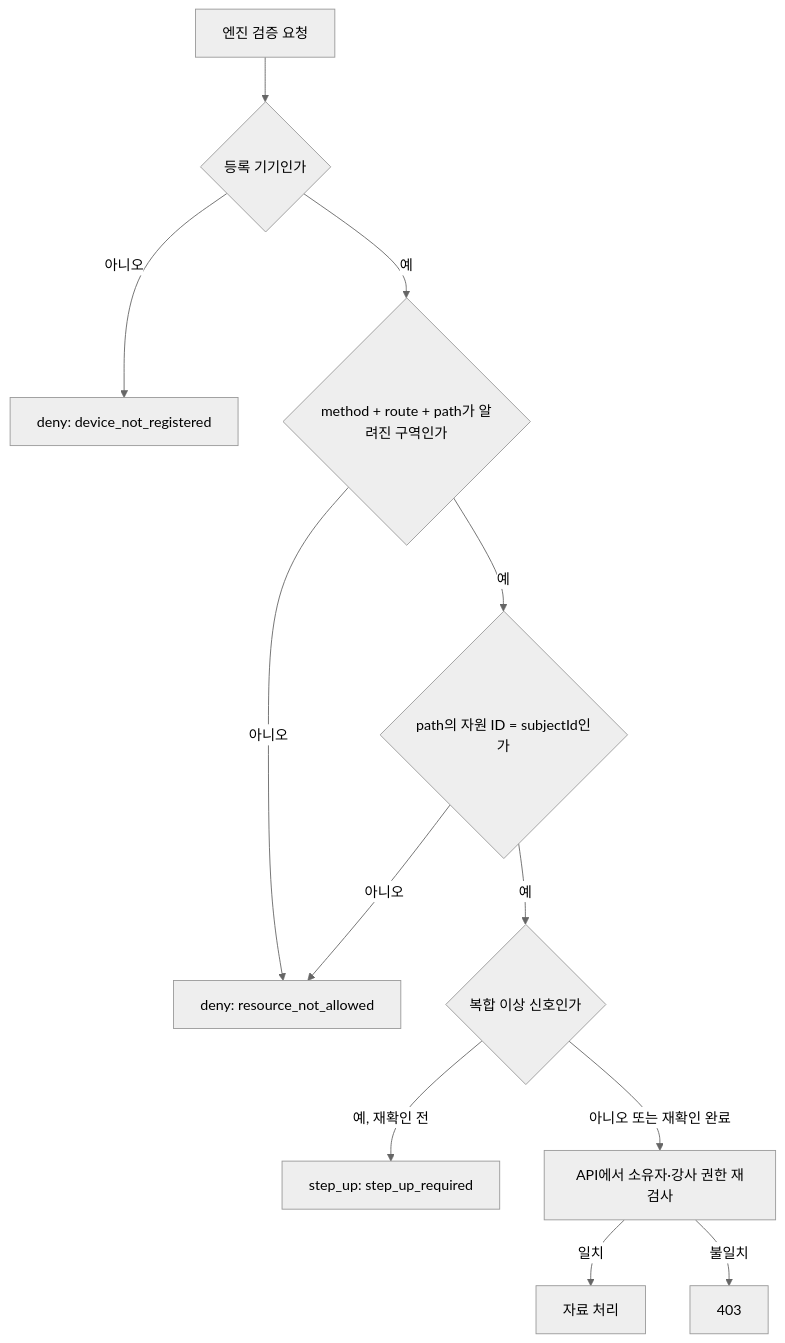
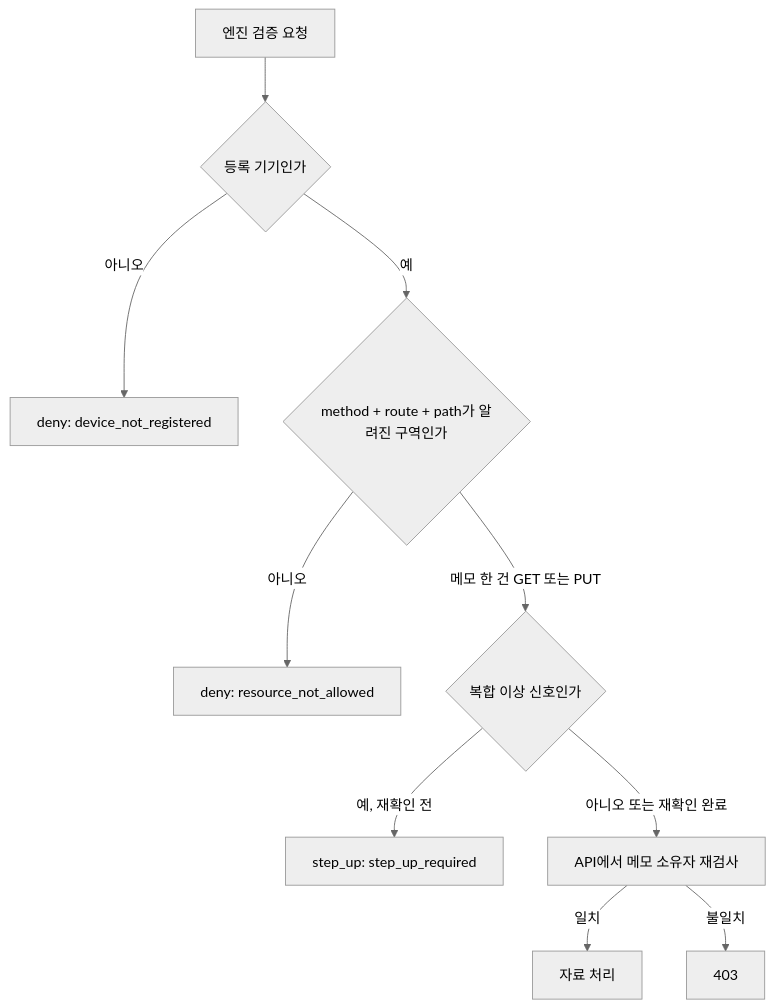
Before and after one commit to GunHeeKim127/aleph-defense: the third of 3 diagrams in README.md, drawn with Mermaid (neutral theme). The commit also changed other lines of this file and 3 other files, not shown here.

````diff
--- a/README.md
+++ b/README.md
@@ -326,14 +326,12 @@
 ```mermaid
 flowchart TD
   A[엔진 검증 요청] --> B{등록 기기인가}
   B -->|아니오| C[deny: device_not_registered]
   B -->|예| D{method + route + path가 알려진 구역인가}
   D -->|아니오| E[deny: resource_not_allowed]
-  D -->|예| F{path의 자원 ID = subjectId인가}
-  F -->|아니오| E
-  F -->|예| G{복합 이상 신호인가}
+  D -->|메모 한 건 GET 또는 PUT| G{복합 이상 신호인가}
   G -->|예, 재확인 전| H[step_up: step_up_required]
-  G -->|아니오 또는 재확인 완료| I[API에서 소유자·강사 권한 재검사]
+  G -->|아니오 또는 재확인 완료| I[API에서 메모 소유자 재검사]
   I -->|일치| J[자료 처리]
   I -->|불일치| K[403]
 ```
````
